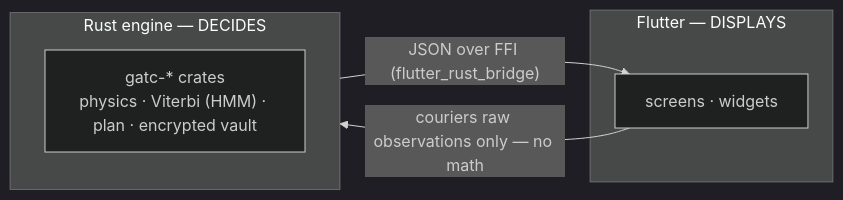
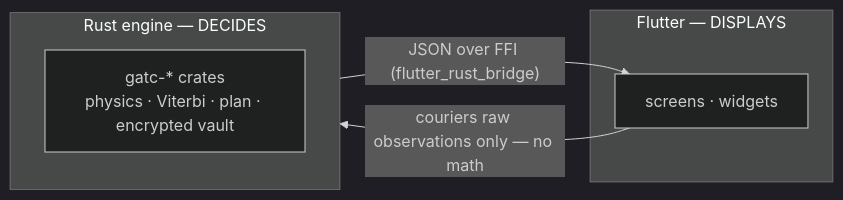
Before and after one commit to Bartveldkamp/Mivalta-flutter: the diagram in README.md, drawn with Mermaid (dark theme). The commit also changed 5 other files, not shown here.

First line of the commit message:
docs(flutter): terminology sweep — Viterbi, not standalone HMM, in newcomer-facing prose (#197)

````diff
--- a/README.md
+++ b/README.md
@@ -13,11 +13,11 @@
 ```mermaid
 flowchart LR
   subgraph ENGINE["Rust engine — DECIDES"]
-    E["gatc-* crates<br/>physics · Viterbi (HMM) · plan · encrypted vault"]
+    E["gatc-* crates<br/>physics · Viterbi · plan · encrypted vault"]
   end
   subgraph APP["Flutter — DISPLAYS"]
     UI["screens · widgets"]
   end
   ENGINE -->|"JSON over FFI (flutter_rust_bridge)"| UI
   UI -->|"couriers raw observations only — no math"| ENGINE
 ```
````
